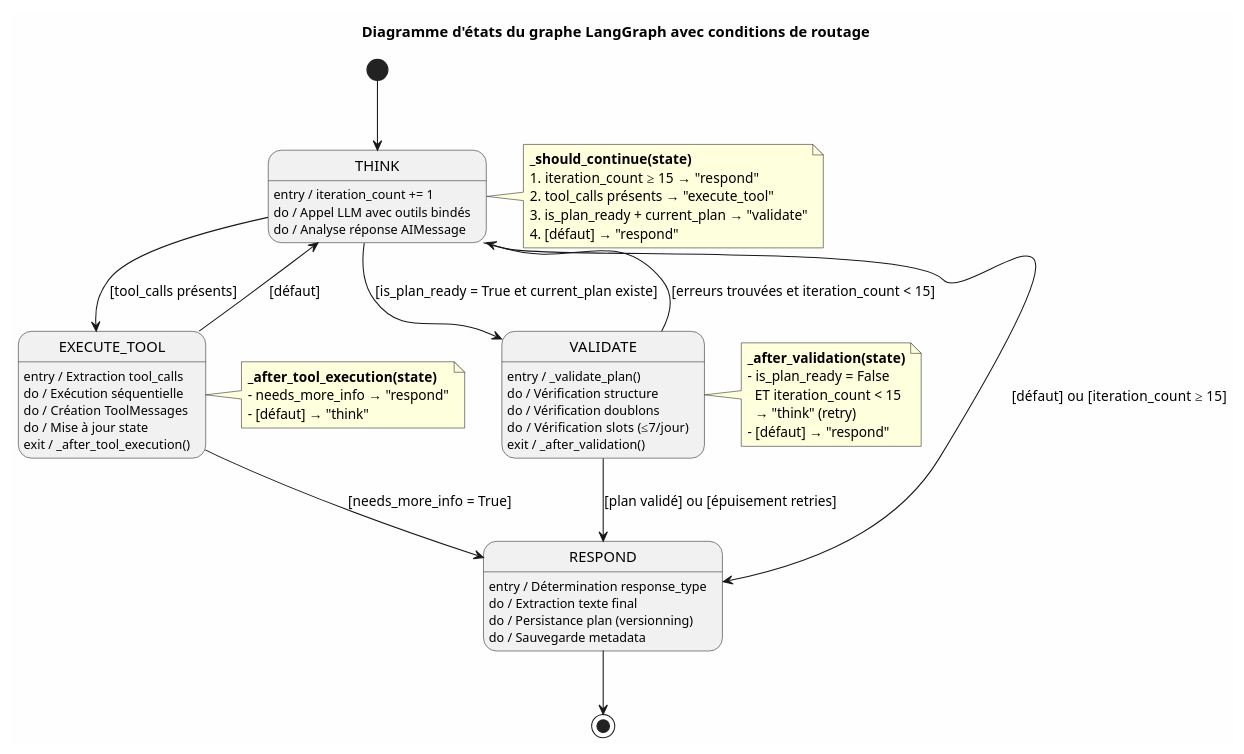
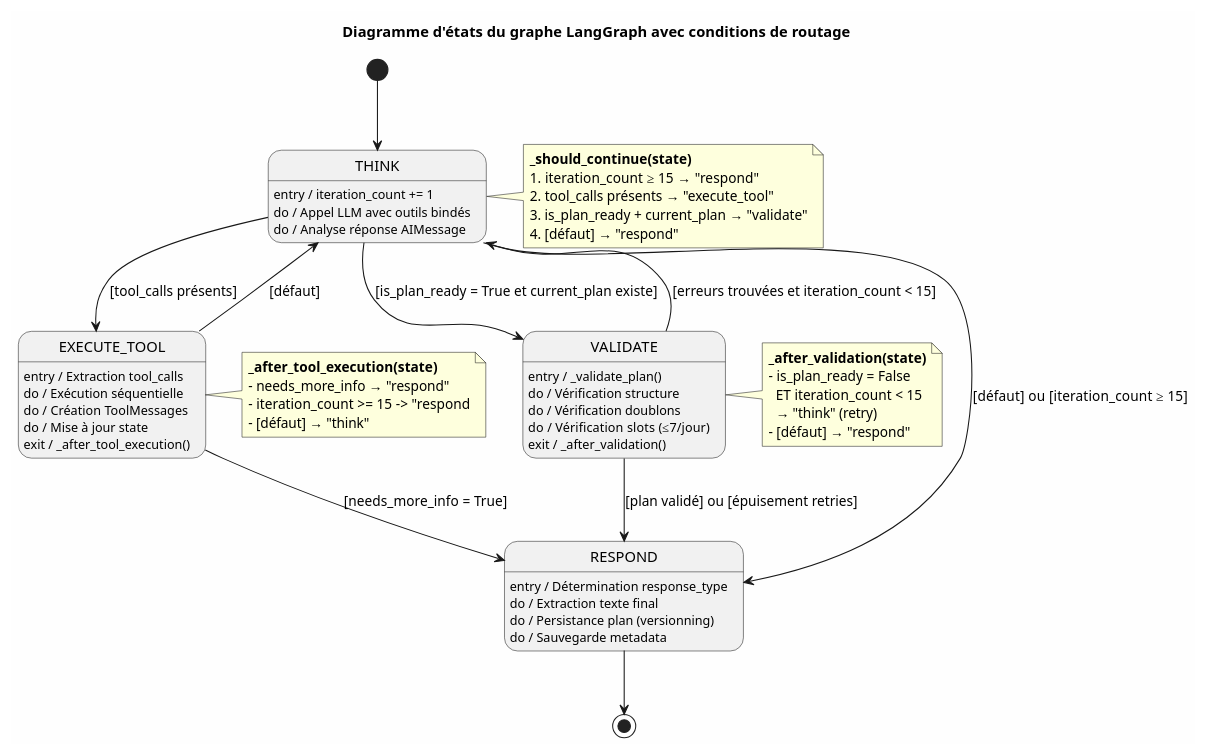
Before and after one commit to ahmed-addali/rapport: the diagram in diagrams/fig_04_langgraph_routing.puml, drawn with PlantUML. The commit also changed 8 other files, not shown here.

```diff
--- a/diagrams/fig_04_langgraph_routing.puml
+++ b/diagrams/fig_04_langgraph_routing.puml
@@ -1,73 +1,74 @@
 @startuml
 skinparam backgroundColor #FEFEFE
 
 skinparam defaultFontName "Arial"
 
 title Diagramme d'états du graphe LangGraph avec conditions de routage
 
 [*] --> THINK
 
 state THINK {
   THINK : entry / iteration_count += 1
   THINK : do / Appel LLM avec outils bindés
   THINK : do / Analyse réponse AIMessage
 }
 
 THINK --> EXECUTE_TOOL : [tool_calls présents]
 THINK --> VALIDATE : [is_plan_ready = True et current_plan existe]
 THINK --> RESPOND : [défaut] ou [iteration_count ≥ 15]
 
 state EXECUTE_TOOL {
   EXECUTE_TOOL : entry / Extraction tool_calls
   EXECUTE_TOOL : do / Exécution séquentielle
   EXECUTE_TOOL : do / Création ToolMessages
   EXECUTE_TOOL : do / Mise à jour state
   EXECUTE_TOOL : exit / _after_tool_execution()
 }
 
 EXECUTE_TOOL --> THINK : [défaut]
 EXECUTE_TOOL --> RESPOND : [needs_more_info = True]
 
 state VALIDATE {
   VALIDATE : entry / _validate_plan()
   VALIDATE : do / Vérification structure
   VALIDATE : do / Vérification doublons
   VALIDATE : do / Vérification slots (≤7/jour)
   VALIDATE : exit / _after_validation()
 }
 
 VALIDATE --> THINK : [erreurs trouvées et iteration_count < 15]
 VALIDATE --> RESPOND : [plan validé] ou [épuisement retries]
 
 state RESPOND {
   RESPOND : entry / Détermination response_type
   RESPOND : do / Extraction texte final
   RESPOND : do / Persistance plan (versionning)
   RESPOND : do / Sauvegarde metadata
 }
 
 RESPOND --> [*]
 
 note right of THINK
   **_should_continue(state)**
   1. iteration_count ≥ 15 → "respond"
   2. tool_calls présents → "execute_tool"
   3. is_plan_ready + current_plan → "validate"
   4. [défaut] → "respond"
 end note
 
 note right of EXECUTE_TOOL
   **_after_tool_execution(state)**
   - needs_more_info → "respond"
+  - iteration_count >= 15 -> "respond
   - [défaut] → "think"
 end note
 
 note right of VALIDATE
   **_after_validation(state)**
   - is_plan_ready = False
     ET iteration_count < 15
     → "think" (retry)
   - [défaut] → "respond"
 end note
 
 @enduml
```
